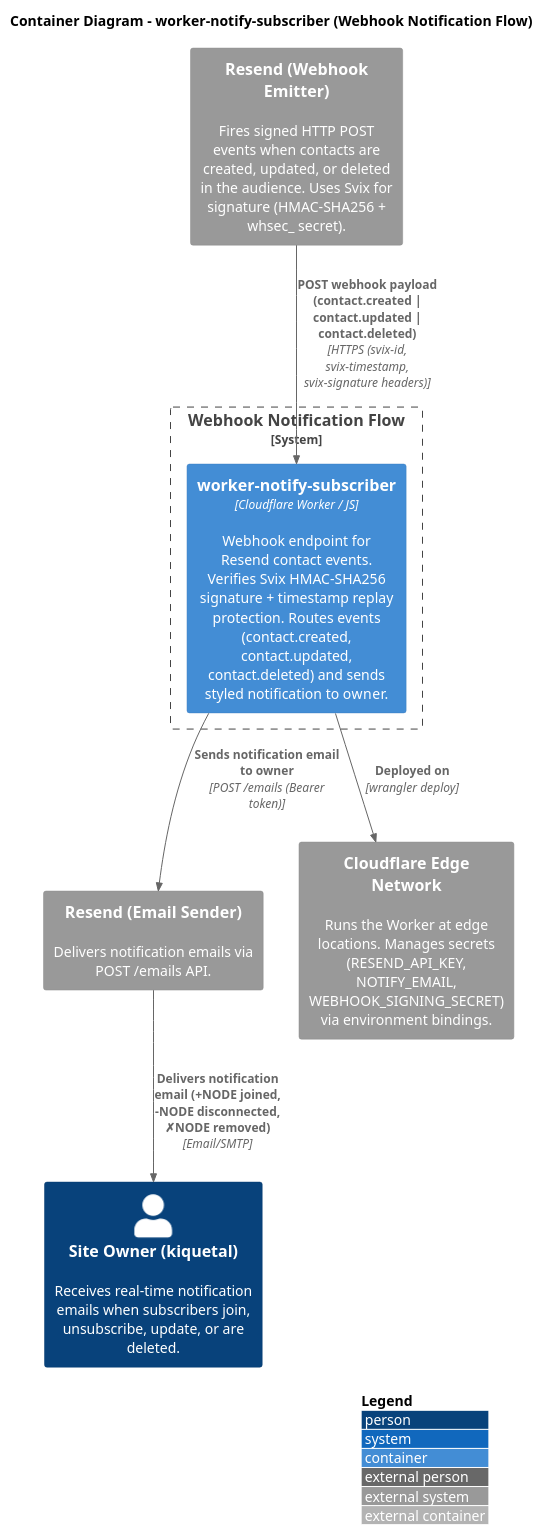
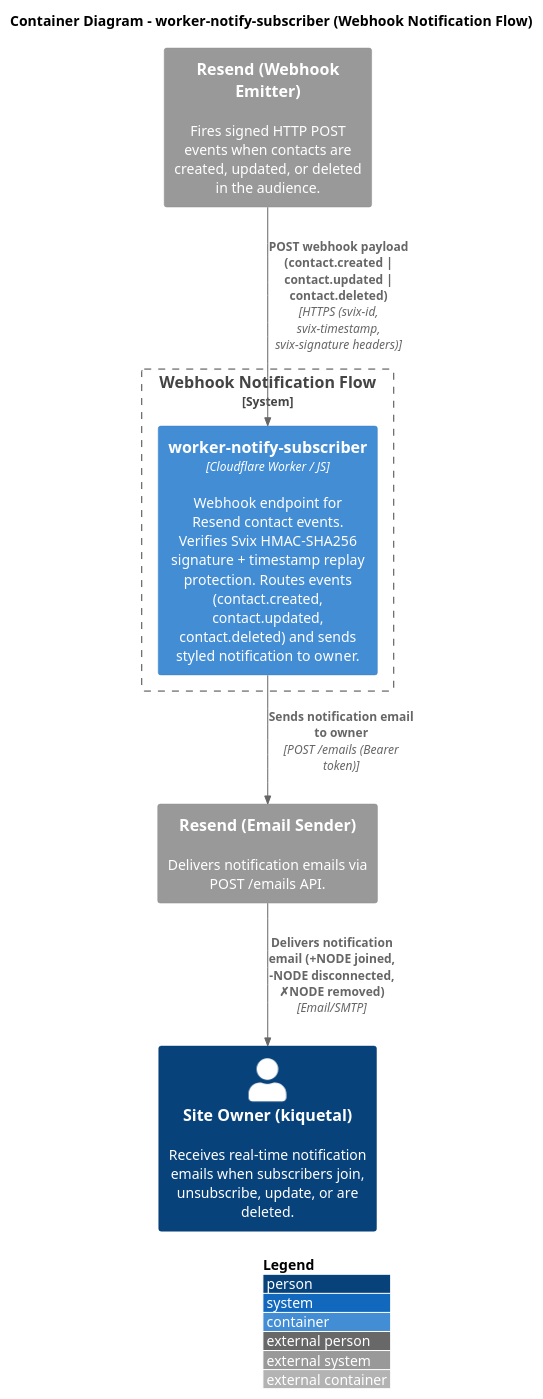
The diagram in public/blog/2026-08-12-newsletter-system-design/c4_2_container_worker_notify.puml (kiquetal/kiquetal.github.io), drawn with PlantUML before and after one commit. The commit also changed 3 other files, not shown here.

Commit message:
docs: simplify C4 diagrams — clean Level 1, remove secrets and infra noise from Level 2

```diff
--- a/public/blog/2026-08-12-newsletter-system-design/c4_2_container_worker_notify.puml
+++ b/public/blog/2026-08-12-newsletter-system-design/c4_2_container_worker_notify.puml
@@ -1,59 +1,55 @@
 @startuml C4_Level2_WorkerNotify
 ' =============================================================================
 ' C4 Level 2 — Container Diagram (worker-notify-subscriber)
 ' =============================================================================
 ' Shows the deployable units involved in the webhook notification flow:
 ' Resend (webhook emitter) → Cloudflare Worker → Resend (email sender) → Owner.
 '
 ' AUDIENCE: Dev, DevOps — understanding the webhook notification pipeline.
 ' =============================================================================
 
 !include https://raw.githubusercontent.com/plantuml-stdlib/C4-PlantUML/master/C4_Container.puml
 
 ' --- Layout ---
 LAYOUT_TOP_DOWN()
 LAYOUT_WITH_LEGEND()
 
 title Container Diagram - worker-notify-subscriber (Webhook Notification Flow)
 
 ' =============================================================================
 ' PEOPLE
 ' =============================================================================
 
 Person(owner, "Site Owner (kiquetal)", "Receives real-time notification emails when subscribers join, unsubscribe, update, or are deleted.")
 
 ' =============================================================================
 ' SYSTEM BOUNDARY — Notification Flow
 ' =============================================================================
 
 System_Boundary(notify_system, "Webhook Notification Flow") {
 
     ' --- Cloudflare Worker ---
     Container(worker_notify, "worker-notify-subscriber", "Cloudflare Worker / JS", "Webhook endpoint for Resend contact events. Verifies Svix HMAC-SHA256 signature + timestamp replay protection. Routes events (contact.created, contact.updated, contact.deleted) and sends styled notification to owner.")
 }
 
 ' =============================================================================
 ' EXTERNAL SYSTEMS
 ' =============================================================================
 
-System_Ext(resend_webhooks, "Resend (Webhook Emitter)", "Fires signed HTTP POST events when contacts are created, updated, or deleted in the audience. Uses Svix for signature (HMAC-SHA256 + whsec_ secret).")
+System_Ext(resend_webhooks, "Resend (Webhook Emitter)", "Fires signed HTTP POST events when contacts are created, updated, or deleted in the audience.")
 System_Ext(resend_email, "Resend (Email Sender)", "Delivers notification emails via POST /emails API.")
-System_Ext(cloudflare, "Cloudflare Edge Network", "Runs the Worker at edge locations. Manages secrets (RESEND_API_KEY, NOTIFY_EMAIL, WEBHOOK_SIGNING_SECRET) via environment bindings.")
 
 ' =============================================================================
 ' RELATIONSHIPS
 ' =============================================================================
 
 ' --- Resend → Worker (webhook) ---
 Rel(resend_webhooks, worker_notify, "POST webhook payload (contact.created | contact.updated | contact.deleted)", "HTTPS (svix-id, svix-timestamp, svix-signature headers)")
 
 ' --- Worker → Resend (notification email) ---
 Rel(worker_notify, resend_email, "Sends notification email to owner", "POST /emails (Bearer token)")
 
 ' --- Resend → Owner ---
 Rel(resend_email, owner, "Delivers notification email (+NODE joined, -NODE disconnected, ✗NODE removed)", "Email/SMTP")
 
-' --- Worker deployed on Cloudflare ---
-Rel(worker_notify, cloudflare, "Deployed on", "wrangler deploy")
-
 @enduml
```
